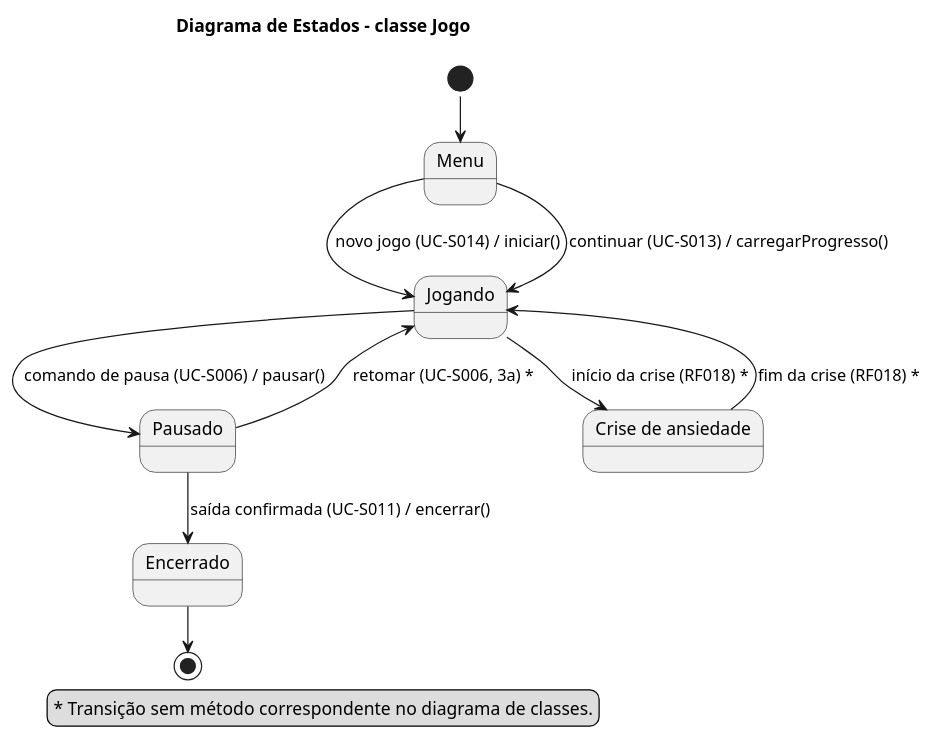
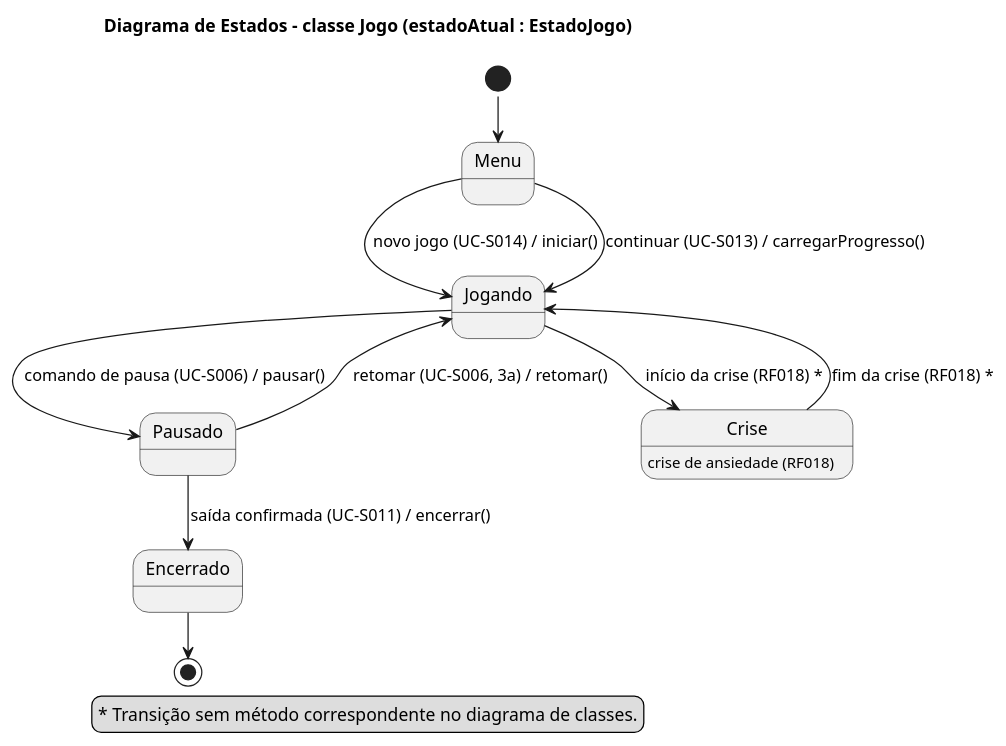
Before and after one commit to omatheusfaria/Ani: the diagram in docs/diagramas/estados-jogo.puml, drawn with PlantUML. The commit also changed 4 other files, not shown here.

Commit message:
Acrescenta a Jogo o atributo estadoAtual, o enum EstadoJogo e o método retomar() (item 60, decisão 1)

```diff
--- a/docs/diagramas/estados-jogo.puml
+++ b/docs/diagramas/estados-jogo.puml
@@ -1,24 +1,24 @@
 @startuml estados-jogo
 !pragma layout smetana
-title Diagrama de Estados – classe Jogo
+title Diagrama de Estados – classe Jogo (estadoAtual : EstadoJogo)
 
 state "Menu" as Menu
 state "Jogando" as Jogando
 state "Pausado" as Pausado
-state "Crise de ansiedade" as Crise
+state "Crise" as Crise : crise de ansiedade (RF018)
 state "Encerrado" as Encerrado
 
 [*] --> Menu
 Menu --> Jogando : novo jogo (UC-S014) / iniciar()
 Menu --> Jogando : continuar (UC-S013) / carregarProgresso()
 Jogando --> Pausado : comando de pausa (UC-S006) / pausar()
-Pausado --> Jogando : retomar (UC-S006, 3a) *
+Pausado --> Jogando : retomar (UC-S006, 3a) / retomar()
 Jogando --> Crise : início da crise (RF018) *
 Crise --> Jogando : fim da crise (RF018) *
 Pausado --> Encerrado : saída confirmada (UC-S011) / encerrar()
 Encerrado --> [*]
 
 legend bottom
   ~* Transição sem método correspondente no diagrama de classes.
 endlegend
 @enduml
```
